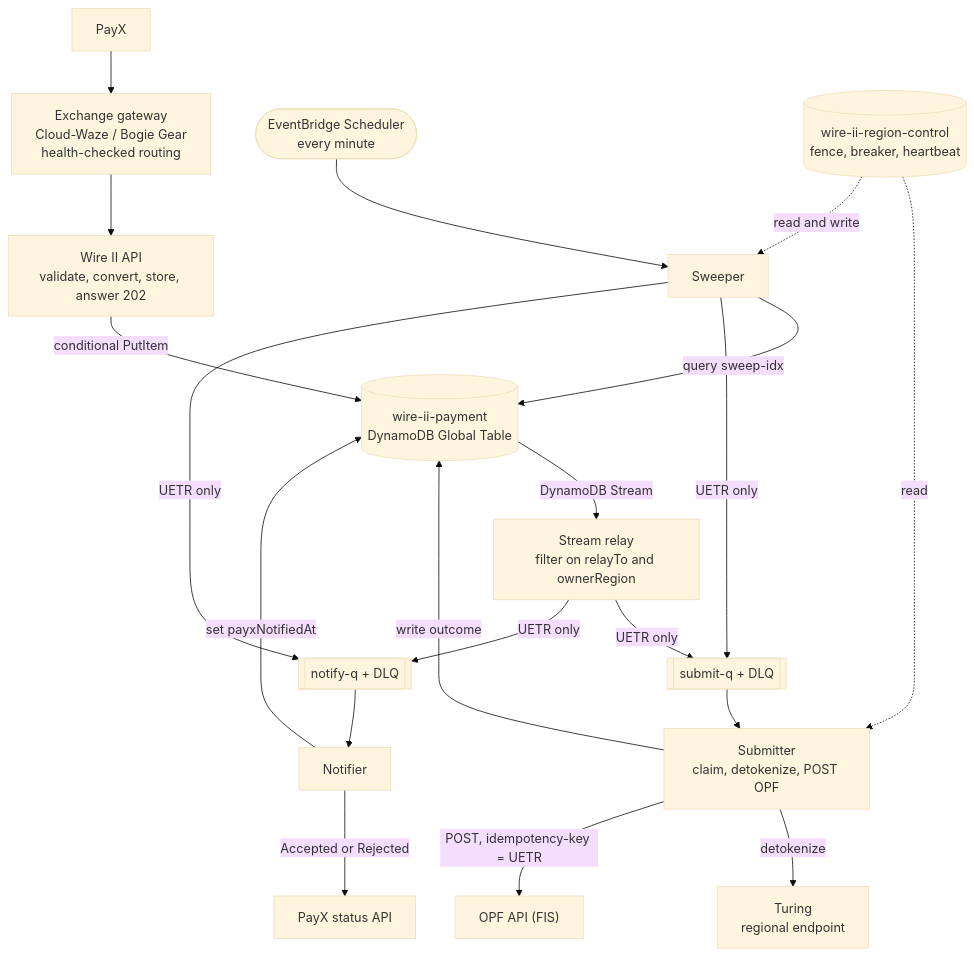
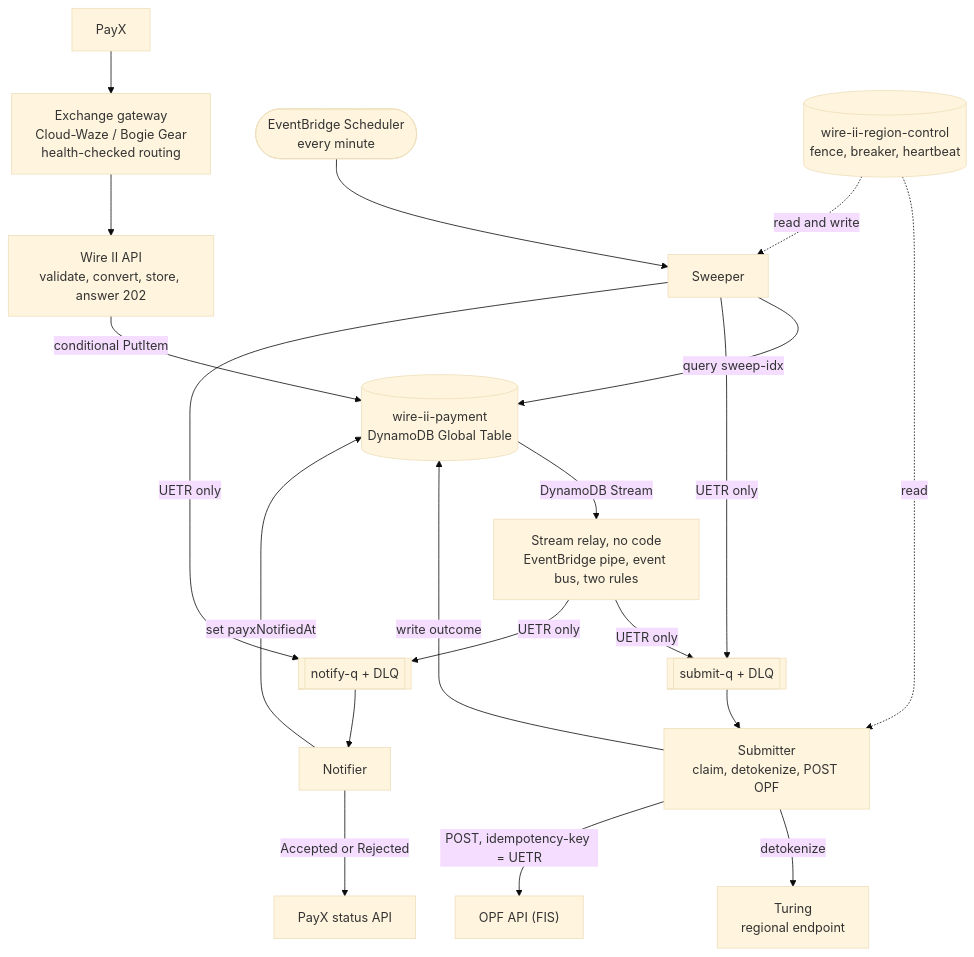
Before and after one commit to vasanth0989/test-repo: the first of 12 diagrams in wire-ii-async-detailed-design.md, drawn with Mermaid (base theme). The commit also changed other lines of this file, not shown here.

````diff
--- a/wire-ii-async-detailed-design.md
+++ b/wire-ii-async-detailed-design.md
@@ -59,22 +59,22 @@
 ```mermaid
 flowchart TB
   PX["PayX"] --> GW["Exchange gateway<br/>Cloud-Waze / Bogie Gear<br/>health-checked routing"]
   GW --> API["Wire II API<br/>validate, convert, store, answer 202"]
   API -->|"conditional PutItem"| DB[("wire-ii-payment<br/>DynamoDB Global Table")]
-  DB -->|"DynamoDB Stream"| RL["Stream relay<br/>filter on relayTo and ownerRegion"]
+  DB -->|"DynamoDB Stream"| RL["Stream relay, no code<br/>EventBridge pipe, event bus, two rules"]
   RL -->|"UETR only"| SQ[["submit-q + DLQ"]]
   RL -->|"UETR only"| NQ[["notify-q + DLQ"]]
   SQ --> SUB["Submitter<br/>claim, detokenize, POST OPF"]
   SUB -->|"detokenize"| TUR["Turing<br/>regional endpoint"]
   SUB -->|"POST, idempotency-key = UETR"| OPF["OPF API (FIS)"]
   SUB -->|"write outcome"| DB
   NQ --> NOT["Notifier"]
   NOT -->|"Accepted or Rejected"| PXS["PayX status API"]
   NOT -->|"set payxNotifiedAt"| DB
   SCH(["EventBridge Scheduler<br/>every minute"]) --> SW["Sweeper"]
   SW -->|"query sweep-idx"| DB
   SW -->|"UETR only"| SQ
   SW -->|"UETR only"| NQ
   CTL[("wire-ii-region-control<br/>fence, breaker, heartbeat")] -.->|"read"| SUB
   CTL -.->|"read and write"| SW
 ```
````
